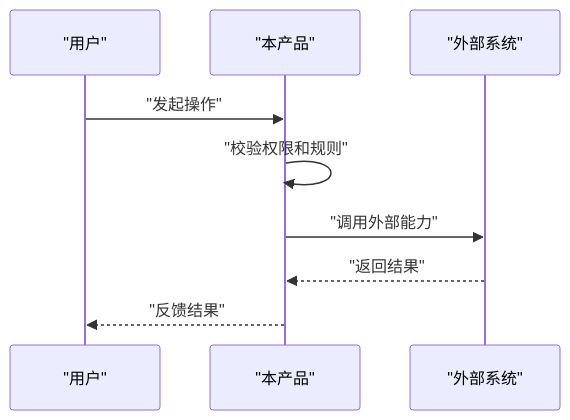
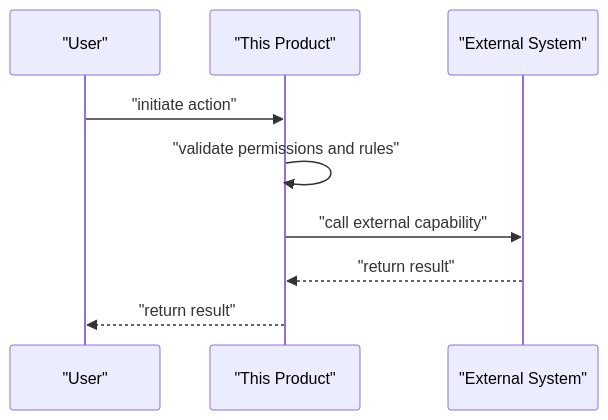
One commit to xyjunco/junco-skill changed the fourth of 4 diagrams in references/prd-template.md. Above: the diagram before and after it, drawn with Mermaid. The commit also changed other lines of this file and 6 other files, not shown here.

````diff
--- a/references/prd-template.md
+++ b/references/prd-template.md
@@ -273,11 +273,11 @@
 ```mermaid
 sequenceDiagram
-  participant User as "用户"
-  participant Product as "本产品"
-  participant External as "外部系统"
-  User->>Product: "发起操作"
-  Product->>Product: "校验权限和规则"
-  Product->>External: "调用外部能力"
-  External-->>Product: "返回结果"
-  Product-->>User: "反馈结果"
+  participant User as "User"
+  participant Product as "This Product"
+  participant External as "External System"
+  User->>Product: "initiate action"
+  Product->>Product: "validate permissions and rules"
+  Product->>External: "call external capability"
+  External-->>Product: "return result"
+  Product-->>User: "return result"
 ```
````
